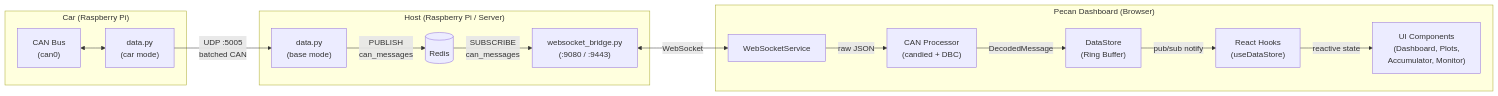
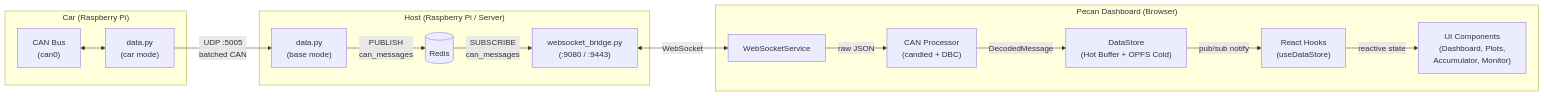
The first of 3 diagrams in pecan/README.md (Western-Formula-Racing/data-acquisition), drawn with Mermaid before and after one commit. The commit also changed other lines of this file and 7 other files, not shown here.

First line of the commit message:
Add OPFS ColdStore & hot/cold buffering

````diff
--- a/pecan/README.md
+++ b/pecan/README.md
@@ -29,31 +29,31 @@
 ```mermaid
 graph LR
     subgraph Car ["Car (Raspberry Pi)"]
         CAN["CAN Bus<br/>(can0)"]
         CarUTS["data.py<br/>(car mode)"]
         CAN <--> CarUTS
     end
 
     subgraph Host ["Host (Raspberry Pi / Server)"]
         BaseUTS["data.py<br/>(base mode)"]
         Redis[("Redis")]
         WSBridge["websocket_bridge.py<br/>(:9080 / :9443)"]
         BaseUTS -->|"PUBLISH<br/>can_messages"| Redis
         Redis -->|"SUBSCRIBE<br/>can_messages"| WSBridge
     end
 
     subgraph Pecan ["Pecan Dashboard (Browser)"]
         WS["WebSocketService"]
         CP["CAN Processor<br/>(candied + DBC)"]
-        DS["DataStore<br/>(Ring Buffer)"]
+        DS["DataStore<br/>(Hot Buffer + OPFS Cold)"]
         RH["React Hooks<br/>(useDataStore)"]
         UI["UI Components<br/>(Dashboard, Plots,<br/>Accumulator, Monitor)"]
     end
 
     CarUTS -->|"UDP :5005<br/>batched CAN"| BaseUTS
     WSBridge <-->|"WebSocket"| WS
     WS -->|raw JSON| CP
     CP -->|DecodedMessage| DS
     DS -->|pub/sub notify| RH
     RH -->|reactive state| UI
 ```
````
